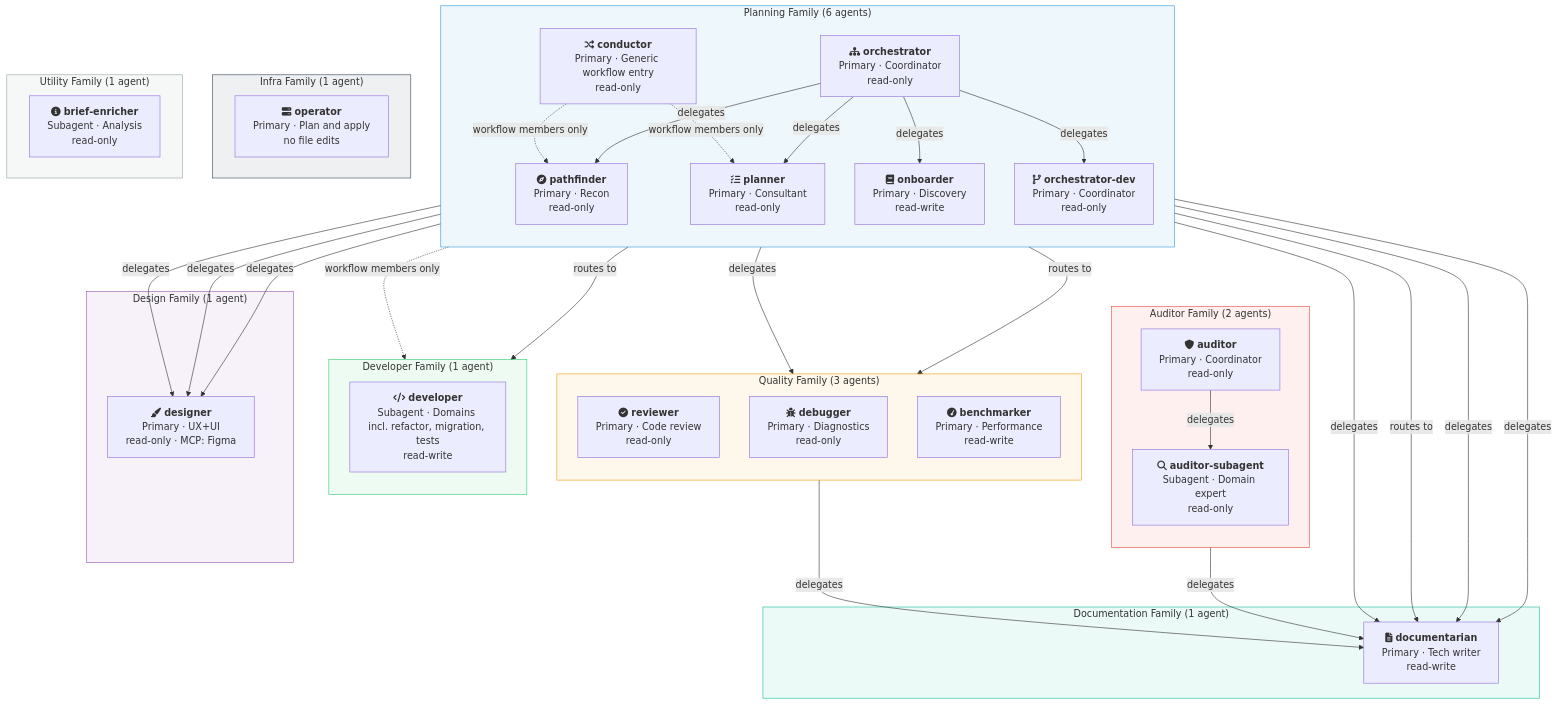
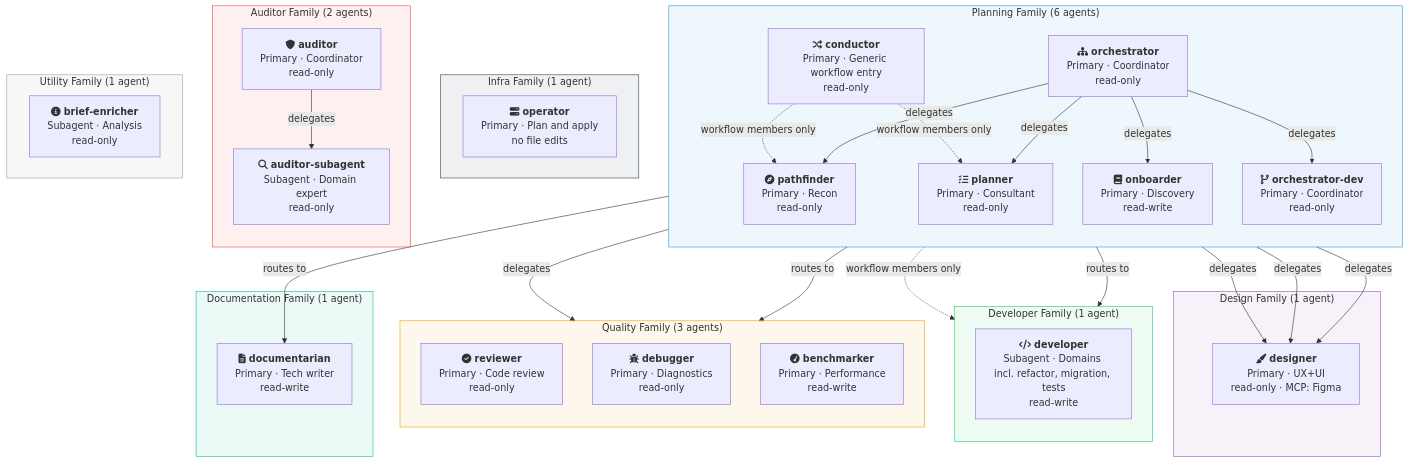
Before and after one commit to datichb/openhub: the diagram in docs/diagrams/agent-hierarchy.mermaid, drawn with Mermaid. The commit also changed 10 other files, not shown here.

Commit message:
fix(content): the feature orchestrator no longer calls the documentarian, the agent hierarchy diagram drops the stale documentarian edges (modernisation p3-doc-links)

```diff
--- a/docs/diagrams/agent-hierarchy.mermaid
+++ b/docs/diagrams/agent-hierarchy.mermaid
@@ -1,84 +1,79 @@
 %% OpenHub -- Agent Hierarchy (v5)
 %% 16 agents across 8 families, showing mode (primary/subagent)
 %% and the delegations their permissions allow. In a session, the workflow
 %% decides which agents are members and which delegations are reachable
 %% (SubagentGraph, closed world): see ADR-039 and ADR-041.
 
 flowchart TD
     subgraph Planning ["Planning Family (6 agents)"]
         direction TB
         COND["fa:fa-random <strong>conductor</strong><br/>Primary · Generic workflow entry<br/>read-only"]
         ORCH["fa:fa-sitemap <strong>orchestrator</strong><br/>Primary · Coordinator<br/>read-only"]
         ORCHDEV["fa:fa-code-branch <strong>orchestrator-dev</strong><br/>Primary · Coordinator<br/>read-only"]
         PLAN["fa:fa-tasks <strong>planner</strong><br/>Primary · Consultant<br/>read-only"]
         PATH["fa:fa-compass <strong>pathfinder</strong><br/>Primary · Recon<br/>read-only"]
         ONB["fa:fa-book <strong>onboarder</strong><br/>Primary · Discovery<br/>read-write"]
     end
 
     subgraph Developer ["Developer Family (1 agent)"]
         direction TB
         DEV["fa:fa-code <strong>developer</strong><br/>Subagent · Domains incl. refactor, migration, tests<br/>read-write"]
     end
 
     subgraph Infra ["Infra Family (1 agent)"]
         OPS["fa:fa-server <strong>operator</strong><br/>Primary · Plan and apply<br/>no file edits"]
     end
 
     subgraph Auditor ["Auditor Family (2 agents)"]
         direction TB
         AUD["fa:fa-shield <strong>auditor</strong><br/>Primary · Coordinator<br/>read-only"]
         AUDS["fa:fa-search <strong>auditor-subagent</strong><br/>Subagent · Domain expert<br/>read-only"]
     end
 
     subgraph Quality ["Quality Family (3 agents)"]
         direction TB
         REV["fa:fa-check-circle <strong>reviewer</strong><br/>Primary · Code review<br/>read-only"]
         DBG["fa:fa-bug <strong>debugger</strong><br/>Primary · Diagnostics<br/>read-only"]
         BENCH["fa:fa-tachometer <strong>benchmarker</strong><br/>Primary · Performance<br/>read-write"]
     end
 
     subgraph Design ["Design Family (1 agent)"]
         DES["fa:fa-paint-brush <strong>designer</strong><br/>Primary · UX+UI<br/>read-only · MCP: Figma"]
     end
 
     subgraph Documentation ["Documentation Family (1 agent)"]
         DOC["fa:fa-file-text <strong>documentarian</strong><br/>Primary · Tech writer<br/>read-write"]
     end
 
     subgraph Utility ["Utility Family (1 agent)"]
         BRF["fa:fa-info-circle <strong>brief-enricher</strong><br/>Subagent · Analysis<br/>read-only"]
     end
 
     %% Delegation edges
     COND -.->|"workflow members only"| PATH
     COND -.->|"workflow members only"| PLAN
     COND -.->|"workflow members only"| DEV
     ORCH -->|delegates| PATH
     ORCH -->|delegates| PLAN
     ORCH -->|delegates| ONB
     ORCH -->|delegates| DES
     ORCH -->|delegates| ORCHDEV
     ORCH -->|delegates| DBG
-    ORCH -->|delegates| DOC
 
     ORCHDEV -->|routes to| DEV
     ORCHDEV -->|routes to| REV
     ORCHDEV -->|routes to| DOC
 
     AUD -->|delegates| AUDS
-    AUD -->|delegates| DOC
 
-    PLAN -->|delegates| DOC
     PLAN -->|delegates| DES
-    PATH -->|delegates| DOC
     PATH -->|delegates| DES
-    BENCH -->|delegates| DOC
 
     style Planning fill:#3498db15,stroke:#3498db
     style Developer fill:#2ecc7115,stroke:#2ecc71
     style Auditor fill:#e74c3c15,stroke:#e74c3c
     style Infra fill:#34495e15,stroke:#34495e
     style Quality fill:#f39c1215,stroke:#f39c12
     style Design fill:#9b59b615,stroke:#9b59b6
     style Documentation fill:#1abc9c15,stroke:#1abc9c
     style Utility fill:#95a5a615,stroke:#95a5a6
```
